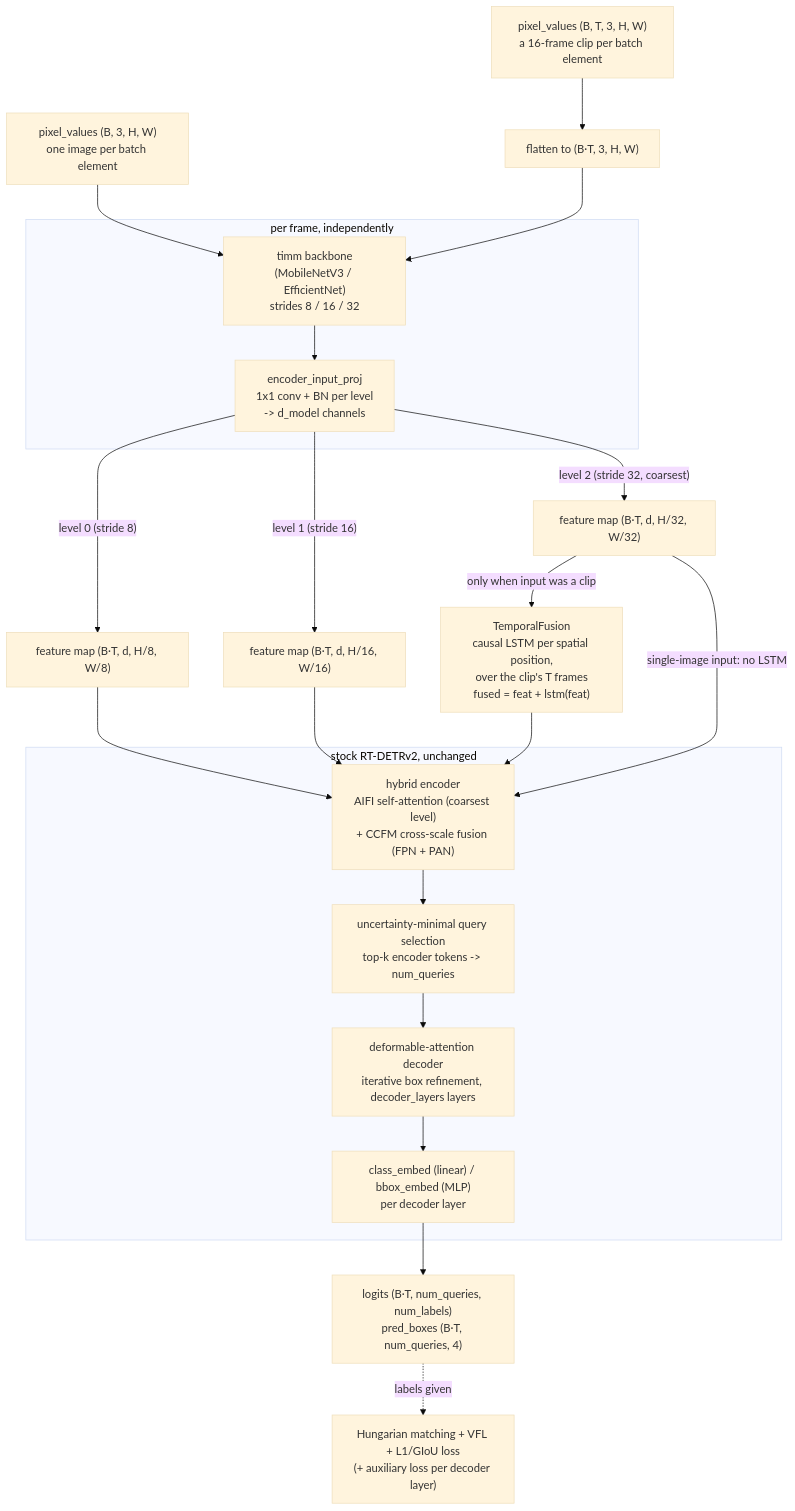
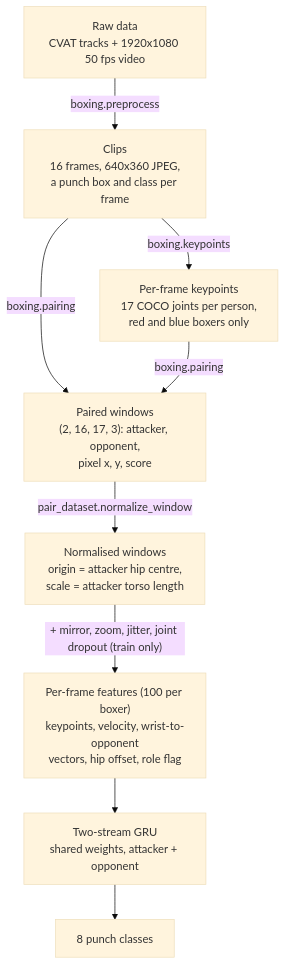
One commit to jmanuelc87/boxing changed the diagram in README.md. Above: the diagram before and after it, drawn with Mermaid (base theme). The commit also changed other lines of this file and 20 other files, not shown here.

First line of the commit message:
Add punch pipeline: pairing, keypoint classifier, baseline

````diff
--- a/README.md
+++ b/README.md
@@ -202,34 +11,19 @@
 ```mermaid
 flowchart TB
-    single["pixel_values (B, 3, H, W)<br/>one image per batch element"]
-    clip["pixel_values (B, T, 3, H, W)<br/>a 16-frame clip per batch element"]
+    raw["Raw data<br/>CVAT tracks + 1920x1080 50 fps video"]
+    clips["Clips<br/>16 frames, 640x360 JPEG,<br/>a punch box and class per frame"]
+    kp["Per-frame keypoints<br/>17 COCO joints per person,<br/>red and blue boxers only"]
+    pairs["Paired windows<br/>(2, 16, 17, 3): attacker, opponent,<br/>pixel x, y, score"]
+    norm["Normalised windows<br/>origin = attacker hip centre,<br/>scale = attacker torso length"]
+    feats["Per-frame features (100 per boxer)<br/>keypoints, velocity, wrist-to-opponent<br/>vectors, hip offset, role flag"]
+    model["Two-stream GRU<br/>shared weights, attacker + opponent"]
+    out["8 punch classes"]
 
-    single --> backbone
-    clip --> flatten["flatten to (B·T, 3, H, W)"] --> backbone
-
-    subgraph perframe [" per frame, independently "]
-        backbone["timm backbone<br/>(MobileNetV3 / EfficientNet)<br/>strides 8 / 16 / 32"]
-        backbone --> proj["encoder_input_proj<br/>1x1 conv + BN per level<br/>-> d_model channels"]
-    end
-
-    proj -->|"level 0 (stride 8)"| lvl0["feature map (B·T, d, H/8, W/8)"]
-    proj -->|"level 1 (stride 16)"| lvl1["feature map (B·T, d, H/16, W/16)"]
-    proj -->|"level 2 (stride 32, coarsest)"| lvl2["feature map (B·T, d, H/32, W/32)"]
-
-    lvl2 -->|"only when input was a clip"| tf["TemporalFusion<br/>causal LSTM per spatial position,<br/>over the clip's T frames<br/>fused = feat + lstm(feat)"]
-    tf --> enc
-
-    lvl0 --> enc
-    lvl1 --> enc
-    lvl2 -->|"single-image input: no LSTM"| enc
-
-    subgraph rtdetr [" stock RT-DETRv2, unchanged "]
-        enc["hybrid encoder<br/>AIFI self-attention (coarsest level)<br/>+ CCFM cross-scale fusion (FPN + PAN)"]
-        enc --> sel["uncertainty-minimal query selection<br/>top-k encoder tokens -> num_queries"]
-        sel --> dec["deformable-attention decoder<br/>iterative box refinement, decoder_layers layers"]
-        dec --> heads["class_embed (linear) / bbox_embed (MLP)<br/>per decoder layer"]
-    end
-
-    heads --> out["logits (B·T, num_queries, num_labels)<br/>pred_boxes (B·T, num_queries, 4)"]
-    out -.->|"labels given"| loss["Hungarian matching + VFL + L1/GIoU loss<br/>(+ auxiliary loss per decoder layer)"]
+    raw -->|"boxing.preprocess"| clips
+    clips -->|"boxing.keypoints"| kp
+    clips -->|"boxing.pairing"| pairs
+    kp -->|"boxing.pairing"| pairs
+    pairs -->|"pair_dataset.normalize_window"| norm
+    norm -->|"+ mirror, zoom, jitter, joint dropout (train only)"| feats
+    feats --> model --> out
 ```
````
